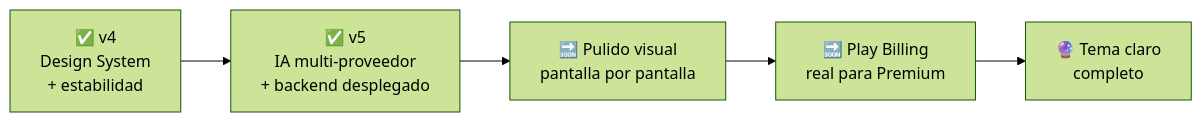
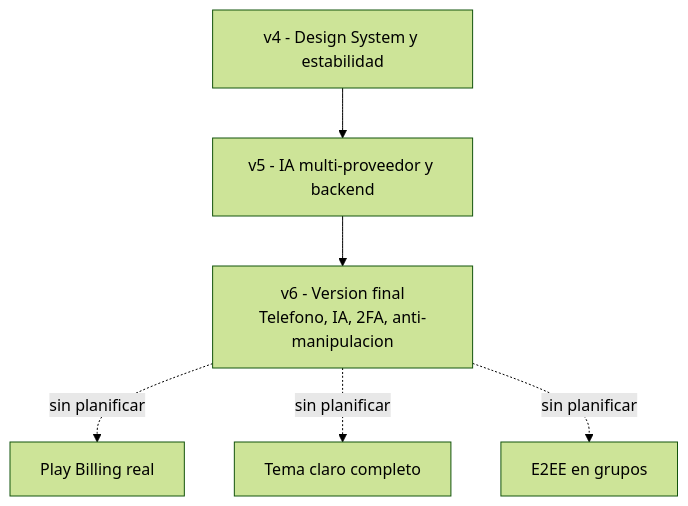
One commit to Azelmods677/NexusChat changed the sixth of 6 diagrams in README.md. Above: the diagram before and after it, drawn with Mermaid (forest theme). The commit also changed other lines of this file and 69 other files, not shown here.

First line of the commit message:
feat(v6): version final — IA, teléfono, 2FA, copias, anti-plagio y correcciones

````diff
--- a/README.md
+++ b/README.md
@@ -375,7 +478,8 @@
 ```mermaid
-flowchart LR
-    A["✅ v4<br/>Design System<br/>+ estabilidad"] --> B["✅ v5<br/>IA multi-proveedor<br/>+ backend desplegado"]
-    B --> C["🔜 Pulido visual<br/>pantalla por pantalla"]
-    C --> D["🔜 Play Billing<br/>real para Premium"]
-    D --> E["🔮 Tema claro<br/>completo"]
+flowchart TD
+    A["v4 - Design System y estabilidad"] --> B["v5 - IA multi-proveedor y backend"]
+    B --> C["v6 - Version final<br>Telefono, IA, 2FA, anti-manipulacion"]
+    C -. sin planificar .-> D["Play Billing real"]
+    C -. sin planificar .-> E["Tema claro completo"]
+    C -. sin planificar .-> F["E2EE en grupos"]
 ```
````
